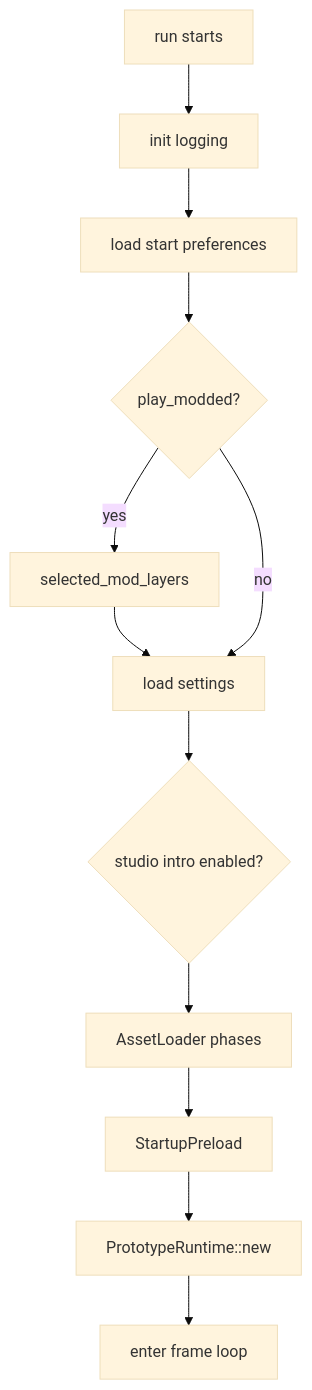
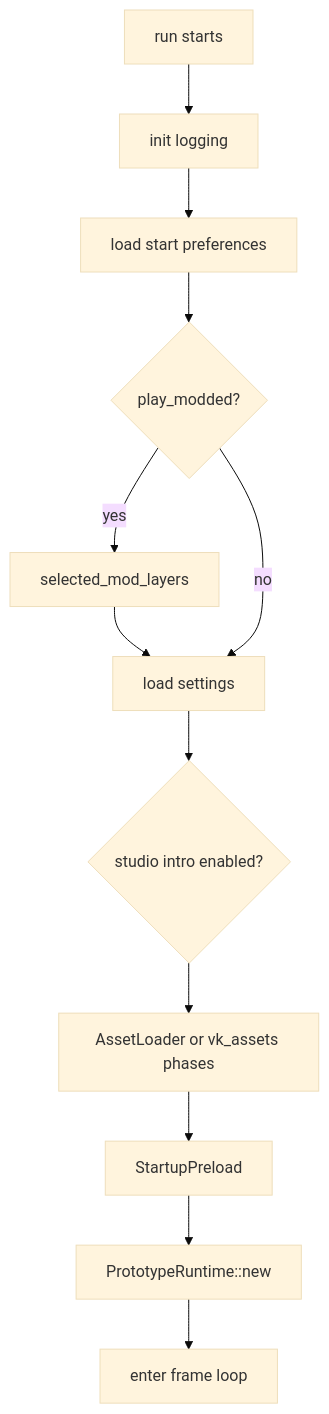
One commit to soulwax/EchoWiki changed the second of 8 diagrams in src/content/docs/pages/architecture/inside-the-runtime.md. Above: the diagram before and after it, drawn with Mermaid (base theme). The commit also changed other lines of this file and 17 other files, not shown here.

````diff
--- a/src/content/docs/pages/architecture/inside-the-runtime.md
+++ b/src/content/docs/pages/architecture/inside-the-runtime.md
@@ -47,21 +53,21 @@
 ```mermaid
 flowchart TD
     start[run starts]
     logging[init logging]
     prefs[load start preferences]
     mods{play_modded?}
     layers[selected_mod_layers]
     settings[load settings]
     intro{studio intro enabled?}
-    loader[AssetLoader phases]
+    loader[AssetLoader or vk_assets phases]
     preload[StartupPreload]
     runtime[PrototypeRuntime::new]
     frame[enter frame loop]
 
     start --> logging --> prefs --> mods
     mods -- yes --> layers --> settings
     mods -- no --> settings
     settings --> intro
     intro --> loader
     loader --> preload --> runtime --> frame
 ```
````
